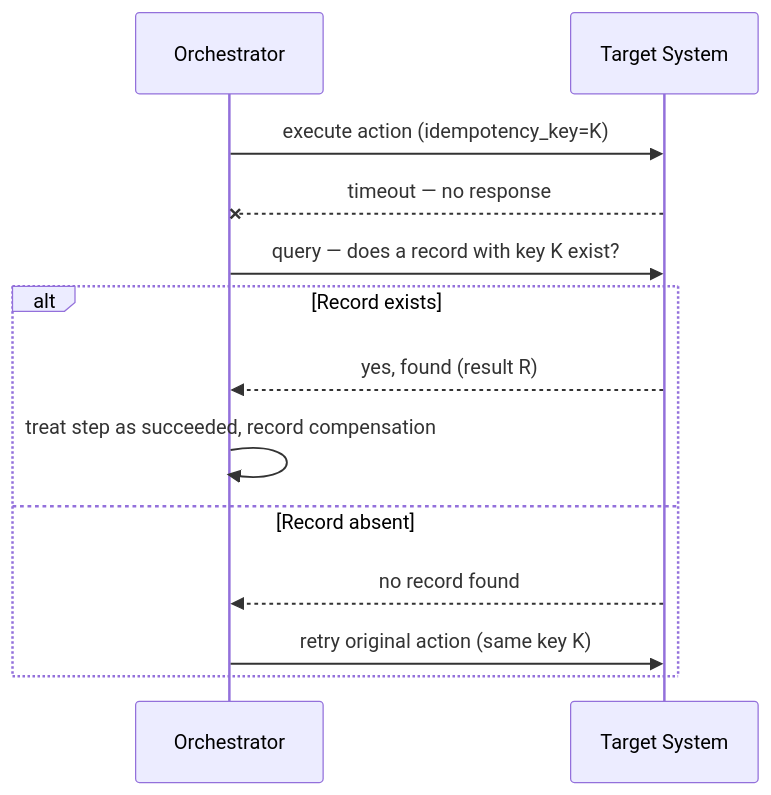
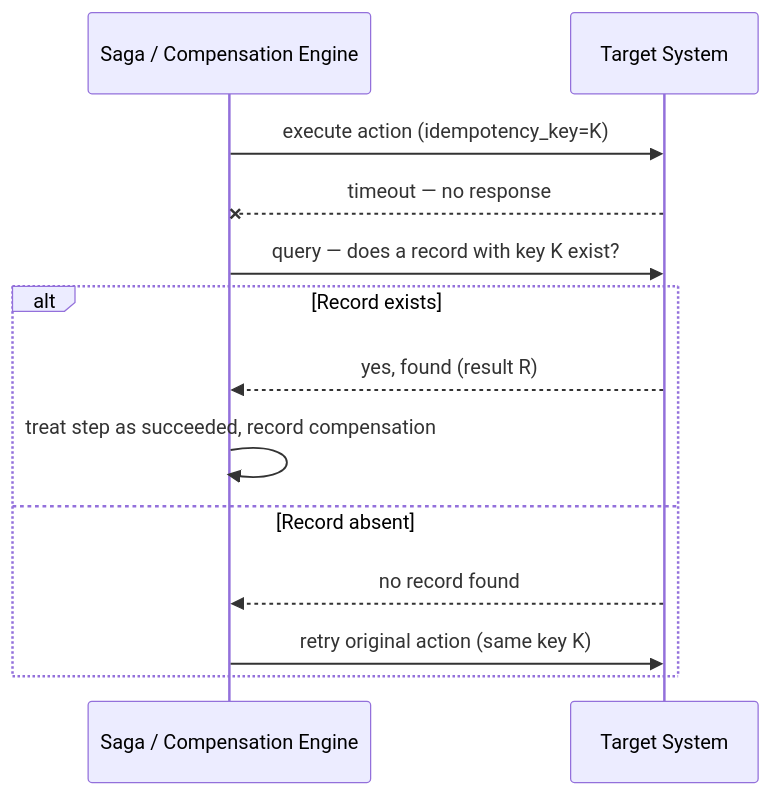
Before and after one commit to dsgouda7/ai-portfolio: the fourth of 4 diagrams in learning/agentic-ai-system-design/10-recoverability-rollbacks-and-saga.md, drawn with Mermaid. The commit also changed other lines of this file and 12 other files, not shown here.

````diff
--- a/learning/agentic-ai-system-design/10-recoverability-rollbacks-and-saga.md
+++ b/learning/agentic-ai-system-design/10-recoverability-rollbacks-and-saga.md
@@ -327,16 +329,16 @@
 ```mermaid
 sequenceDiagram
-    participant O as Orchestrator
+    participant Saga as Saga / Compensation Engine
     participant T as Target System
 
-    O->>T: execute action (idempotency_key=K)
-    T--xO: timeout — no response
-    O->>T: query — does a record with key K exist?
+    Saga->>T: execute action (idempotency_key=K)
+    T--xSaga: timeout — no response
+    Saga->>T: query — does a record with key K exist?
     alt Record exists
-        T-->>O: yes, found (result R)
-        O->>O: treat step as succeeded, record compensation
+        T-->>Saga: yes, found (result R)
+        Saga->>Saga: treat step as succeeded, record compensation
     else Record absent
-        T-->>O: no record found
-        O->>T: retry original action (same key K)
+        T-->>Saga: no record found
+        Saga->>T: retry original action (same key K)
     end
 ```
````
